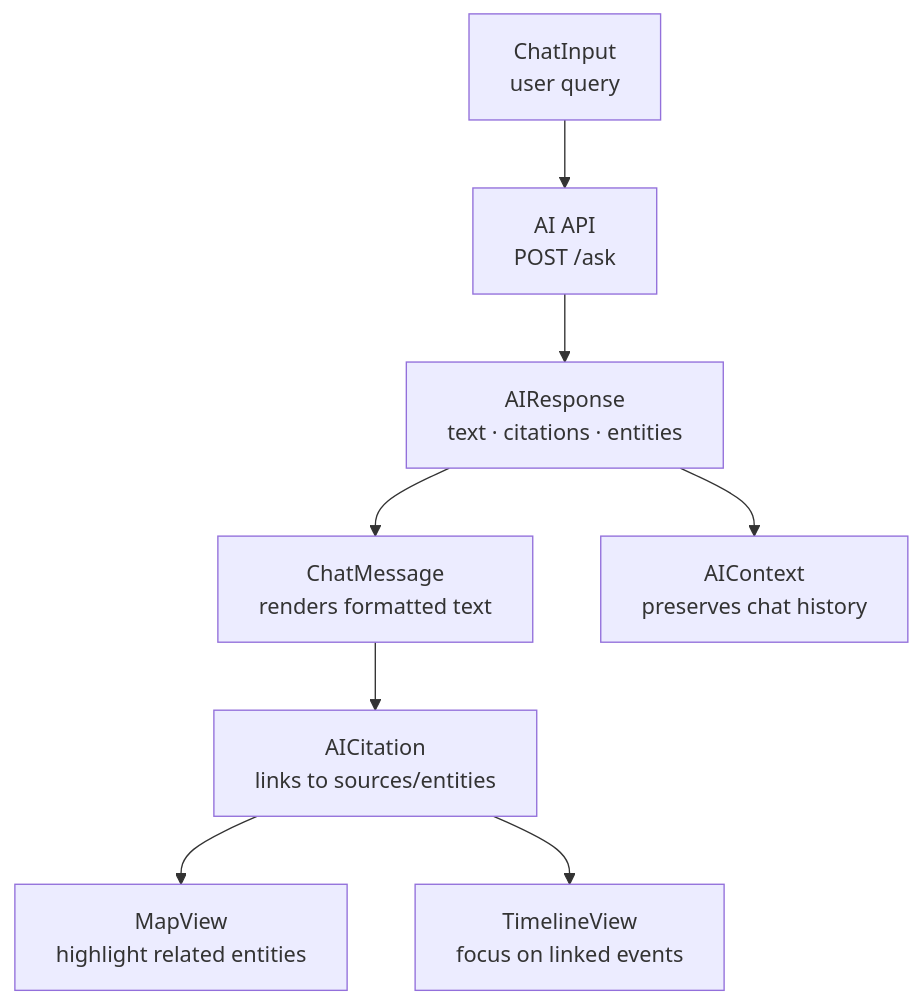
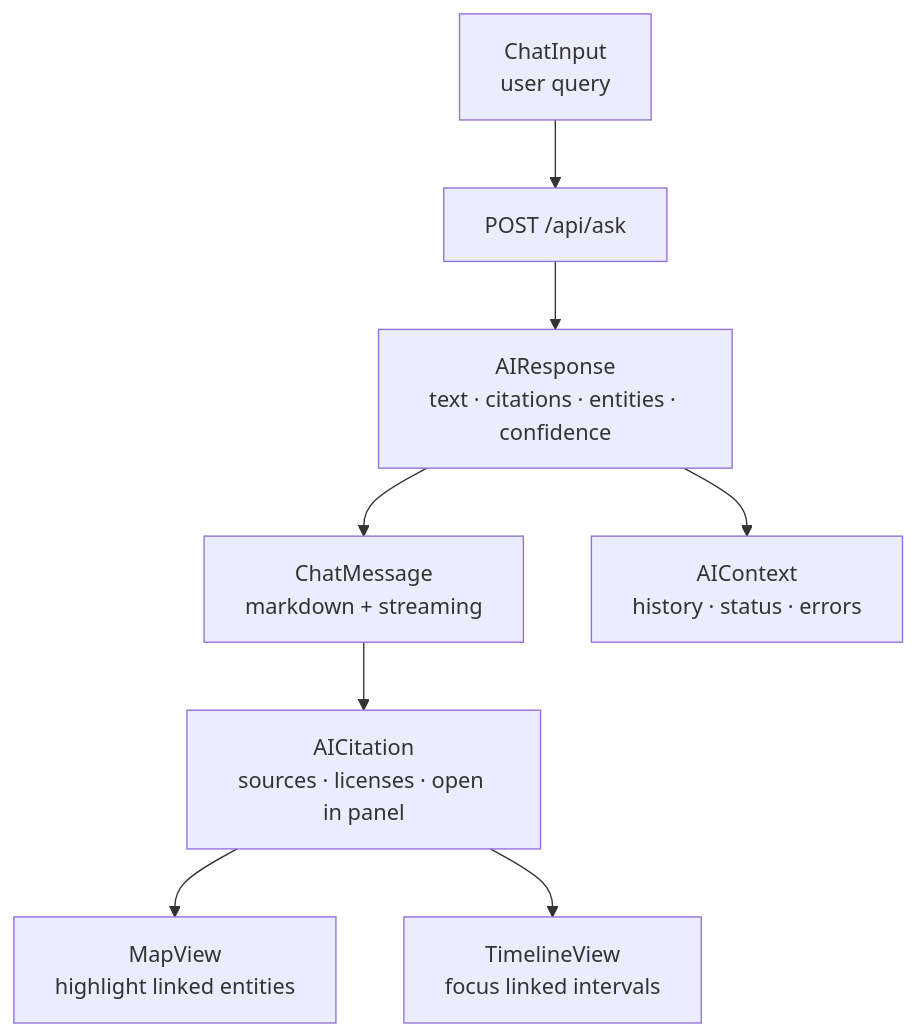
Before and after one commit to bartytime4life/Kansas-Frontier-Matrix: the first of 2 diagrams in web/src/components/AIAssistant/README.md, drawn with Mermaid. The commit also changed other lines of this file, not shown here.

````diff
--- a/web/src/components/AIAssistant/README.md
+++ b/web/src/components/AIAssistant/README.md
@@ -68,11 +45,11 @@
 ```mermaid
 flowchart TD
-  UI["ChatInput<br/>user query"] --> API["AI API<br/>POST /ask"]
-  API --> RES["AIResponse<br/>text · citations · entities"]
-  RES --> MSG["ChatMessage<br/>renders formatted text"]
-  MSG --> CITE["AICitation<br/>links to sources/entities"]
-  CITE --> MAP["MapView<br/>highlight related entities"]
-  CITE --> TL["TimelineView<br/>focus on linked events"]
-  RES --> HIST["AIContext<br/>preserves chat history"]
+  IN["ChatInput<br/>user query"] --> ASK["POST /api/ask"]
+  ASK --> RESP["AIResponse<br/>text · citations · entities · confidence"]
+  RESP --> MSG["ChatMessage<br/>markdown + streaming"]
+  MSG --> CITE["AICitation<br/>sources · licenses · open in panel"]
+  CITE --> MAP["MapView<br/>highlight linked entities"]
+  CITE --> TL["TimelineView<br/>focus linked intervals"]
+  RESP --> CTX["AIContext<br/>history · status · errors"]
 %% END OF MERMAID
 ```
````
